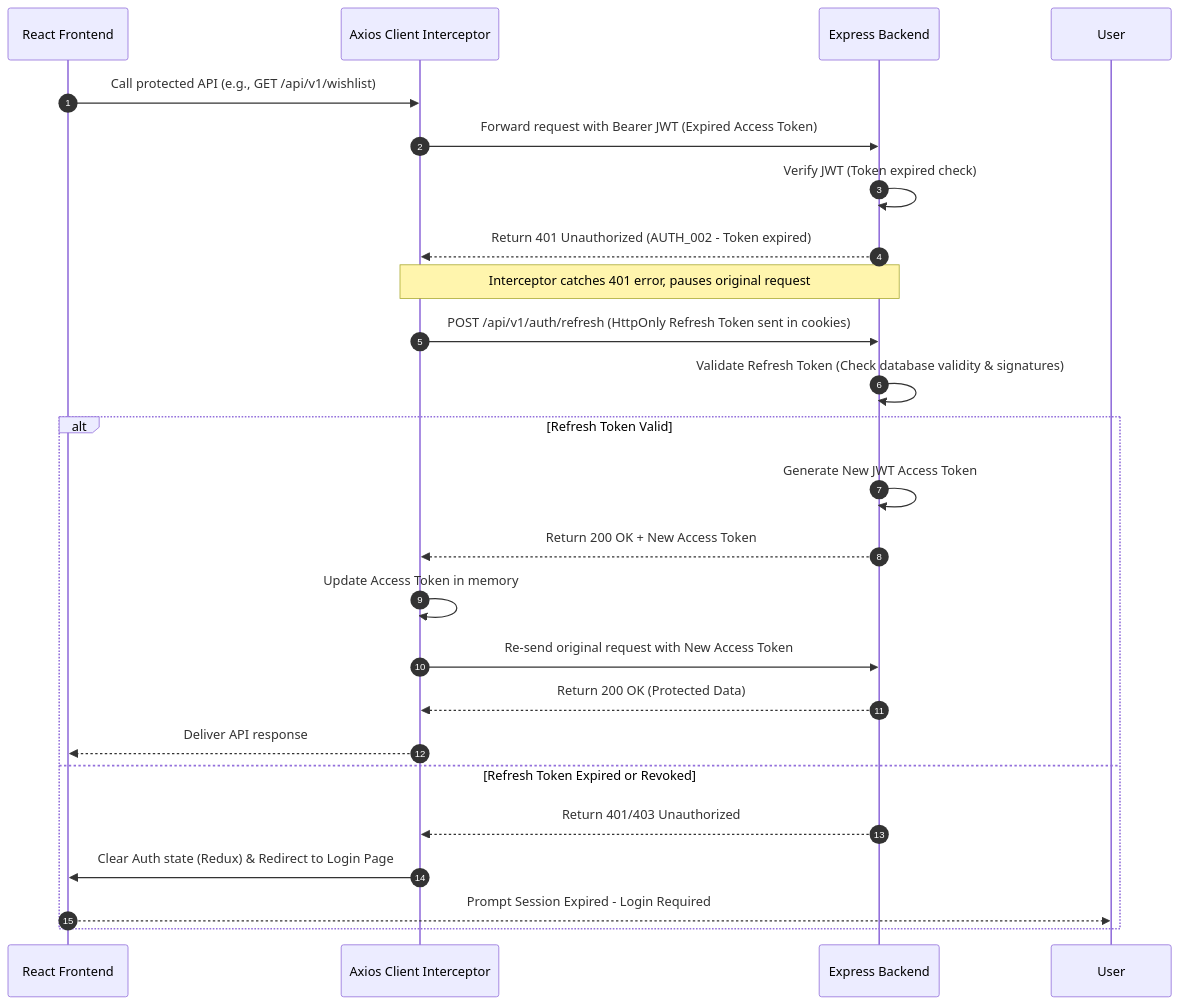
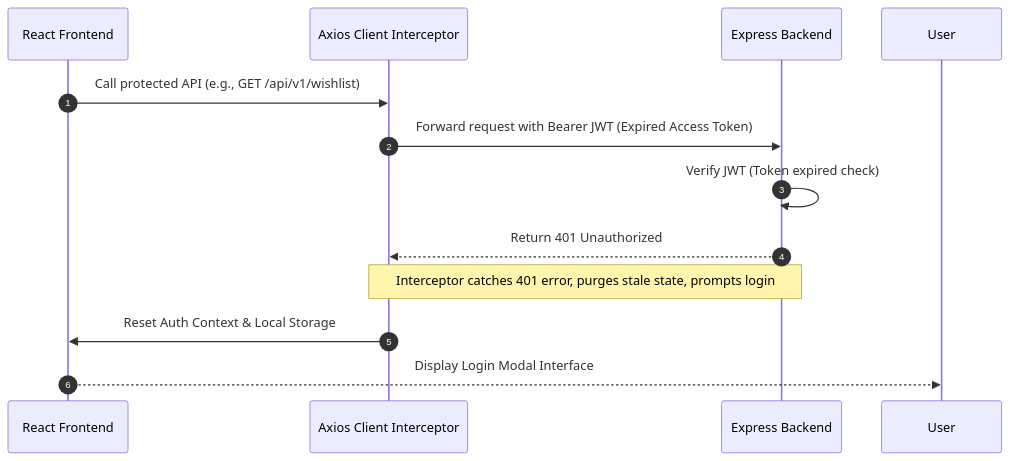
The eighth of 10 diagrams in README.md (ShankarSwarup/cardekho_assignment), drawn with Mermaid before and after one commit. The commit also changed other lines of this file and 63 other files, not shown here.

````diff
--- a/README.md
+++ b/README.md
@@ -265,30 +273,16 @@
 ```mermaid
 sequenceDiagram
     autonumber
     participant FE as React Frontend
     participant AX as Axios Client Interceptor
     participant BE as Express Backend
     
     FE->>AX: Call protected API (e.g., GET /api/v1/wishlist)
     AX->>BE: Forward request with Bearer JWT (Expired Access Token)
     BE->>BE: Verify JWT (Token expired check)
-    BE-->>AX: Return 401 Unauthorized (AUTH_002 - Token expired)
+    BE-->>AX: Return 401 Unauthorized
     
-    Note over AX,BE: Interceptor catches 401 error, pauses original request
-    
-    AX->>BE: POST /api/v1/auth/refresh (HttpOnly Refresh Token sent in cookies)
-    BE->>BE: Validate Refresh Token (Check database validity & signatures)
-    
-    alt Refresh Token Valid
-        BE->>BE: Generate New JWT Access Token
-        BE-->>AX: Return 200 OK + New Access Token
-        AX->>AX: Update Access Token in memory
-        AX->>BE: Re-send original request with New Access Token
-        BE-->>AX: Return 200 OK (Protected Data)
-        AX-->>FE: Deliver API response
-    else Refresh Token Expired or Revoked
-        BE-->>AX: Return 401/403 Unauthorized
-        AX->>FE: Clear Auth state (Redux) & Redirect to Login Page
-        FE-->>User: Prompt Session Expired - Login Required
-    end
+    Note over AX,BE: Interceptor catches 401 error, purges stale state, prompts login
+    AX->>FE: Reset Auth Context & Local Storage
+    FE-->>User: Display Login Modal Interface
 ```
````
